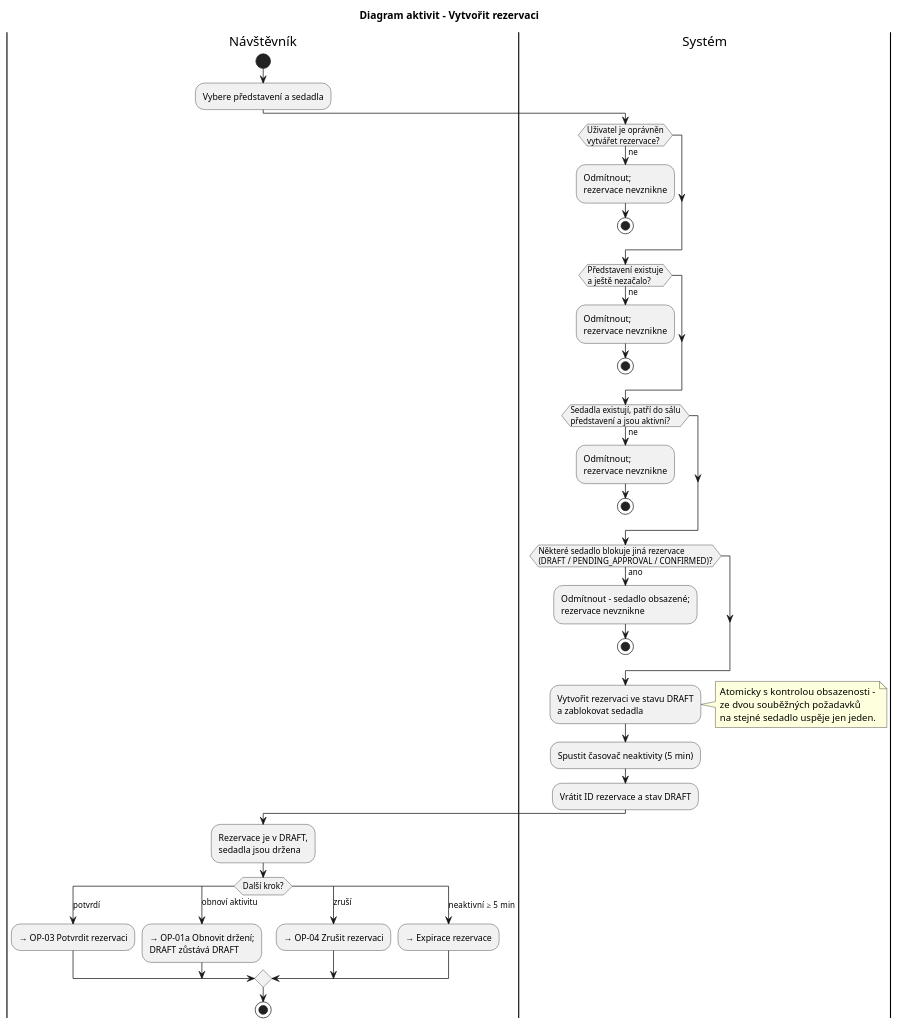
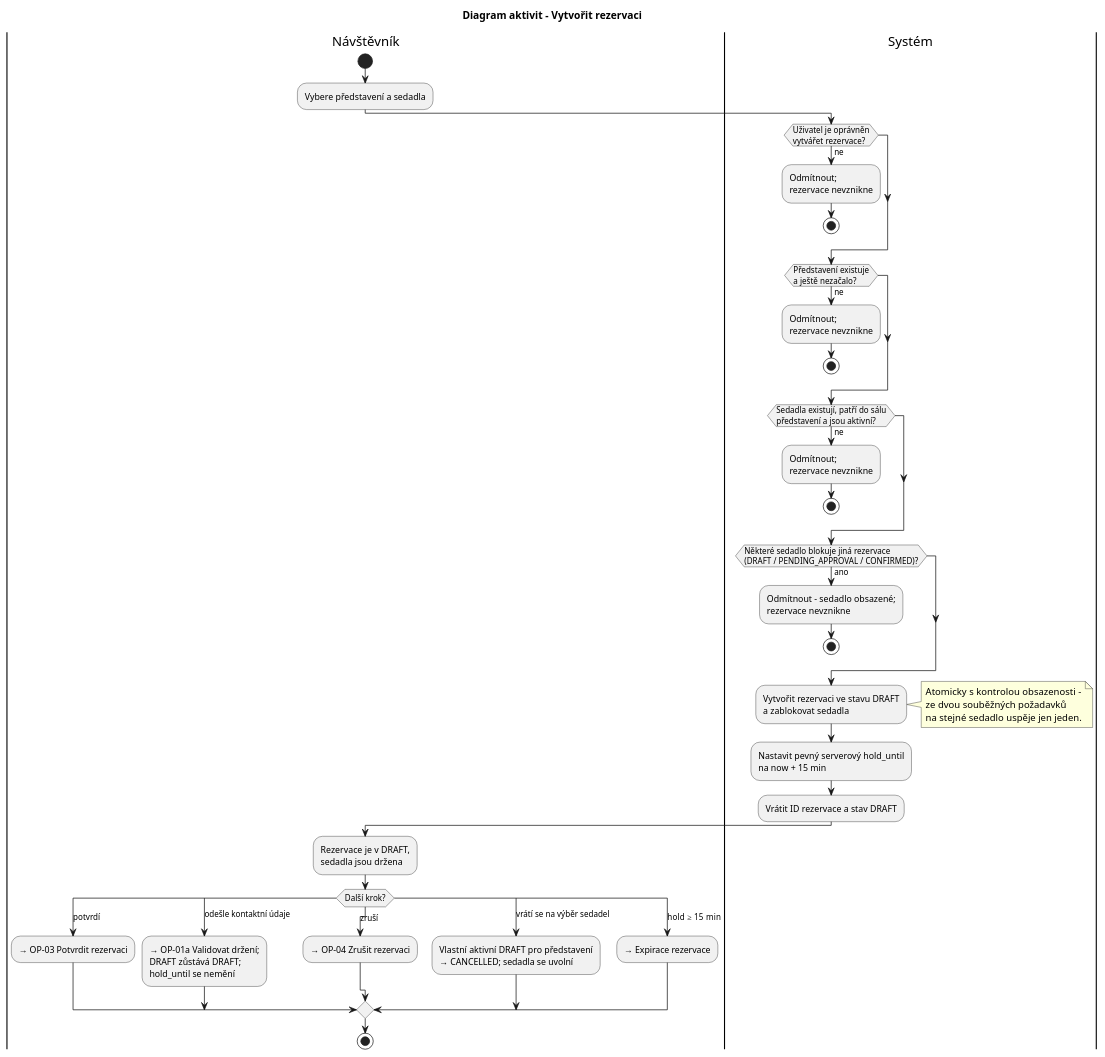
Before and after one commit to jn-flk/SWI: the diagram in docs/diagrams/c02/activity-op01-create.puml, drawn with PlantUML. The commit also changed 18 other files, not shown here.

```diff
--- a/docs/diagrams/c02/activity-op01-create.puml
+++ b/docs/diagrams/c02/activity-op01-create.puml
@@ -1,45 +1,47 @@
 @startuml
 title Diagram aktivit – Vytvořit rezervaci
 
 |Návštěvník|
 start
 :Vybere představení a sedadla;
 |Systém|
 if (Uživatel je oprávněn\nvytvářet rezervace?) then (ne)
   :Odmítnout;\nrezervace nevznikne;
   stop
 endif
 if (Představení existuje\na ještě nezačalo?) then (ne)
   :Odmítnout;\nrezervace nevznikne;
   stop
 endif
 if (Sedadla existují, patří do sálu\npředstavení a jsou aktivní?) then (ne)
   :Odmítnout;\nrezervace nevznikne;
   stop
 endif
 if (Některé sedadlo blokuje jiná rezervace\n(DRAFT / PENDING_APPROVAL / CONFIRMED)?) then (ano)
   :Odmítnout – sedadlo obsazené;\nrezervace nevznikne;
   stop
 endif
 :Vytvořit rezervaci ve stavu DRAFT\na zablokovat sedadla;
 note right
   Atomicky s kontrolou obsazenosti –
   ze dvou souběžných požadavků
   na stejné sedadlo uspěje jen jeden.
 end note
-:Spustit časovač neaktivity (5 min);
+:Nastavit pevný serverový hold_until\nna now + 15 min;
 :Vrátit ID rezervace a stav DRAFT;
 |Návštěvník|
 :Rezervace je v DRAFT,\nsedadla jsou držena;
 switch (Další krok?)
 case (potvrdí)
   :→ OP-03 Potvrdit rezervaci;
-case (obnoví aktivitu)
-  :→ OP-01a Obnovit držení;\nDRAFT zůstává DRAFT;
+case (odešle kontaktní údaje)
+  :→ OP-01a Validovat držení;\nDRAFT zůstává DRAFT;\nhold_until se nemění;
 case (zruší)
   :→ OP-04 Zrušit rezervaci;
-case (neaktivní ≥ 5 min)
+case (vrátí se na výběr sedadel)
+  :Vlastní aktivní DRAFT pro představení\n→ CANCELLED; sedadla se uvolní;
+case (hold ≥ 15 min)
   :→ Expirace rezervace;
 endswitch
 stop
 @enduml
```
